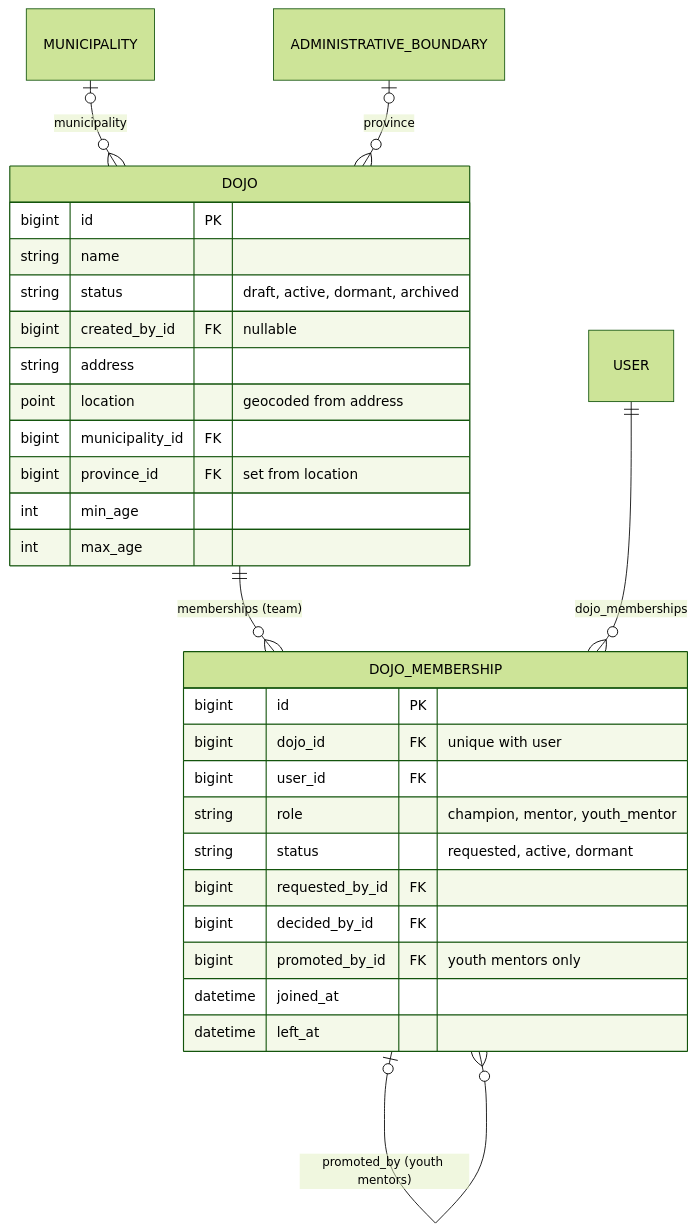
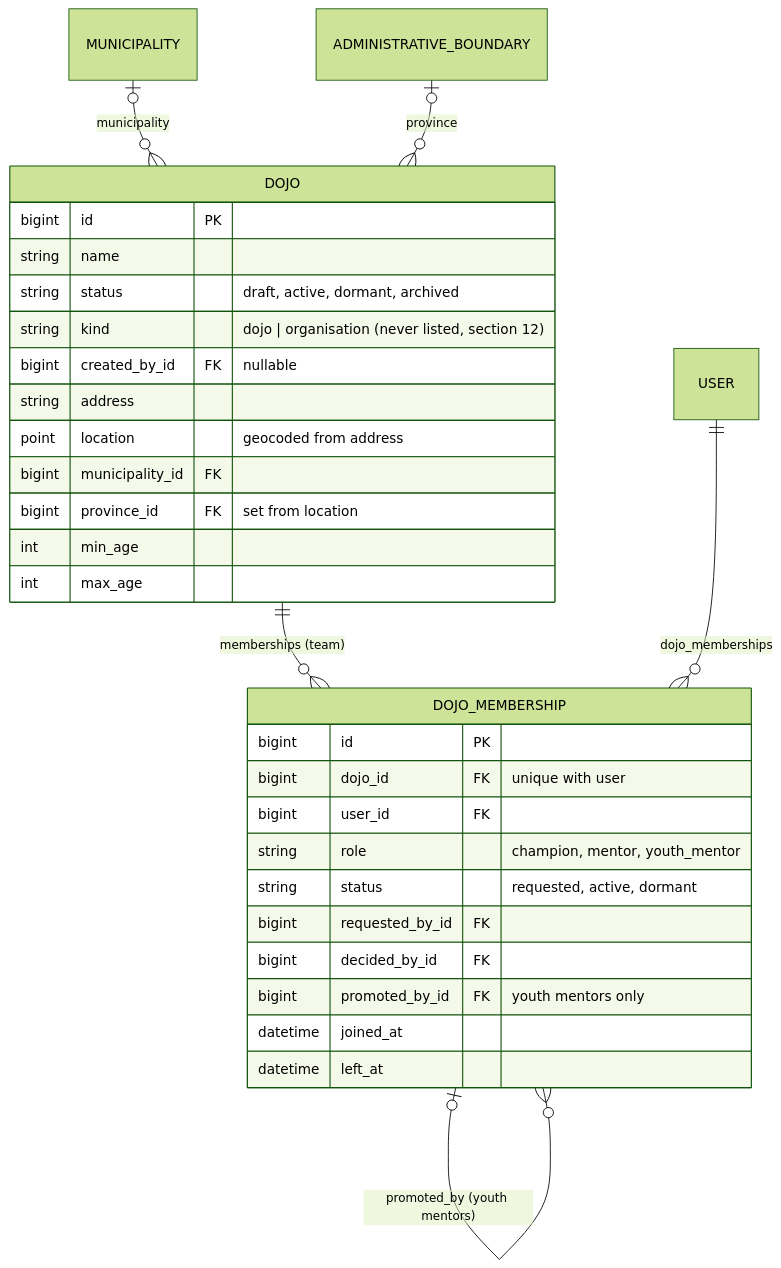
The third of 26 diagrams in DATA_MODEL.md (DoublG/coderdojo-event-registration), drawn with Mermaid (forest theme) before and after one commit. The commit also changed other lines of this file and 53 other files, not shown here.

````diff
--- a/DATA_MODEL.md
+++ b/DATA_MODEL.md
@@ -191,33 +191,34 @@
 ```mermaid
 erDiagram
     DOJO ||--o{ DOJO_MEMBERSHIP : "memberships (team)"
     USER ||--o{ DOJO_MEMBERSHIP : "dojo_memberships"
     DOJO_MEMBERSHIP |o--o{ DOJO_MEMBERSHIP : "promoted_by (youth mentors)"
     MUNICIPALITY |o--o{ DOJO : "municipality"
     ADMINISTRATIVE_BOUNDARY |o--o{ DOJO : "province"
 
     DOJO {
         bigint id PK
         string name
         string status "draft, active, dormant, archived"
+        string kind "dojo | organisation (never listed, section 12)"
         bigint created_by_id FK "nullable"
         string address
         point location "geocoded from address"
         bigint municipality_id FK
         bigint province_id FK "set from location"
         int min_age
         int max_age
     }
     DOJO_MEMBERSHIP {
         bigint id PK
         bigint dojo_id FK "unique with user"
         bigint user_id FK
         string role "champion, mentor, youth_mentor"
         string status "requested, active, dormant"
         bigint requested_by_id FK
         bigint decided_by_id FK
         bigint promoted_by_id FK "youth mentors only"
         datetime joined_at
         datetime left_at
     }
 ```
````
